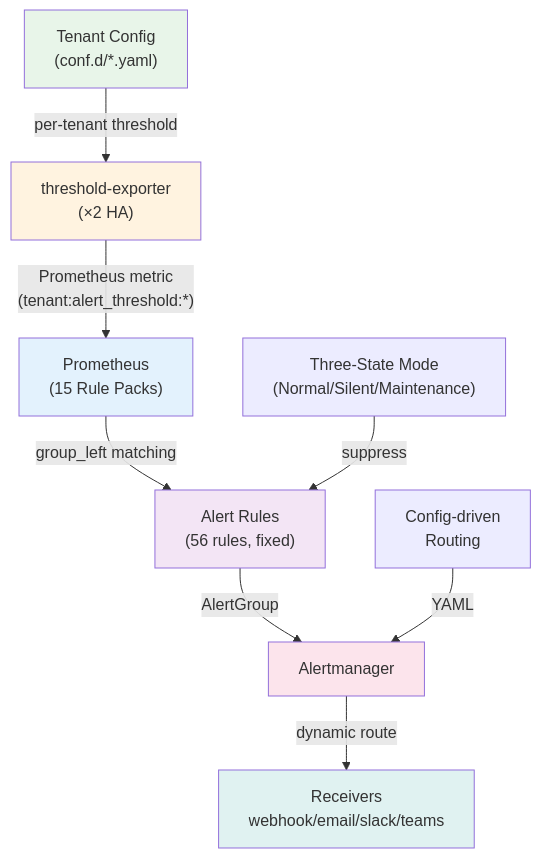
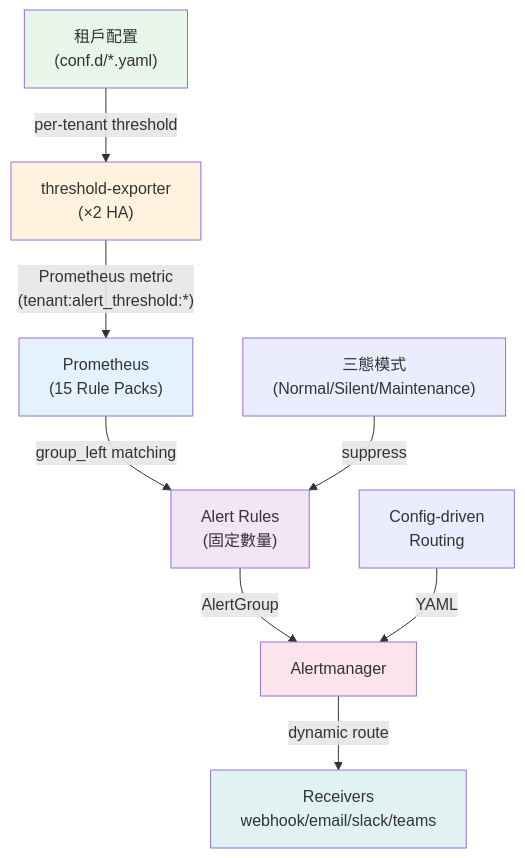
The diagram in docs/index.md (vencil/Dynamic-Alerting-Integrations), drawn with Mermaid before and after one commit. The commit also changed other lines of this file and 351 other files, not shown here.

````diff
--- a/docs/index.md
+++ b/docs/index.md
@@ -228,18 +83,18 @@
 ```mermaid
 graph TB
-    A["Tenant Config\n(conf.d/*.yaml)"] -->|per-tenant threshold| B["threshold-exporter\n(×2 HA)"]
+    A["租戶配置\n(conf.d/*.yaml)"] -->|per-tenant threshold| B["threshold-exporter\n(×2 HA)"]
     B -->|"Prometheus metric\n(tenant:alert_threshold:*)"| C["Prometheus\n(15 Rule Packs)"]
-    C -->|group_left matching| D["Alert Rules\n(56 rules, fixed)"]
+    C -->|group_left matching| D["Alert Rules\n(固定數量)"]
     D -->|AlertGroup| E["Alertmanager"]
     E -->|dynamic route| F["Receivers\nwebhook/email/slack/teams"]
 
     G["Config-driven\nRouting"] -->|YAML| E
-    H["Three-State Mode\n(Normal/Silent/Maintenance)"] -->|suppress| D
+    H["三態模式\n(Normal/Silent/Maintenance)"] -->|suppress| D
 
     style A fill:#e8f5e9
     style B fill:#fff3e0
     style C fill:#e3f2fd
     style D fill:#f3e5f5
     style E fill:#fce4ec
     style F fill:#e0f2f1
 ```
````
